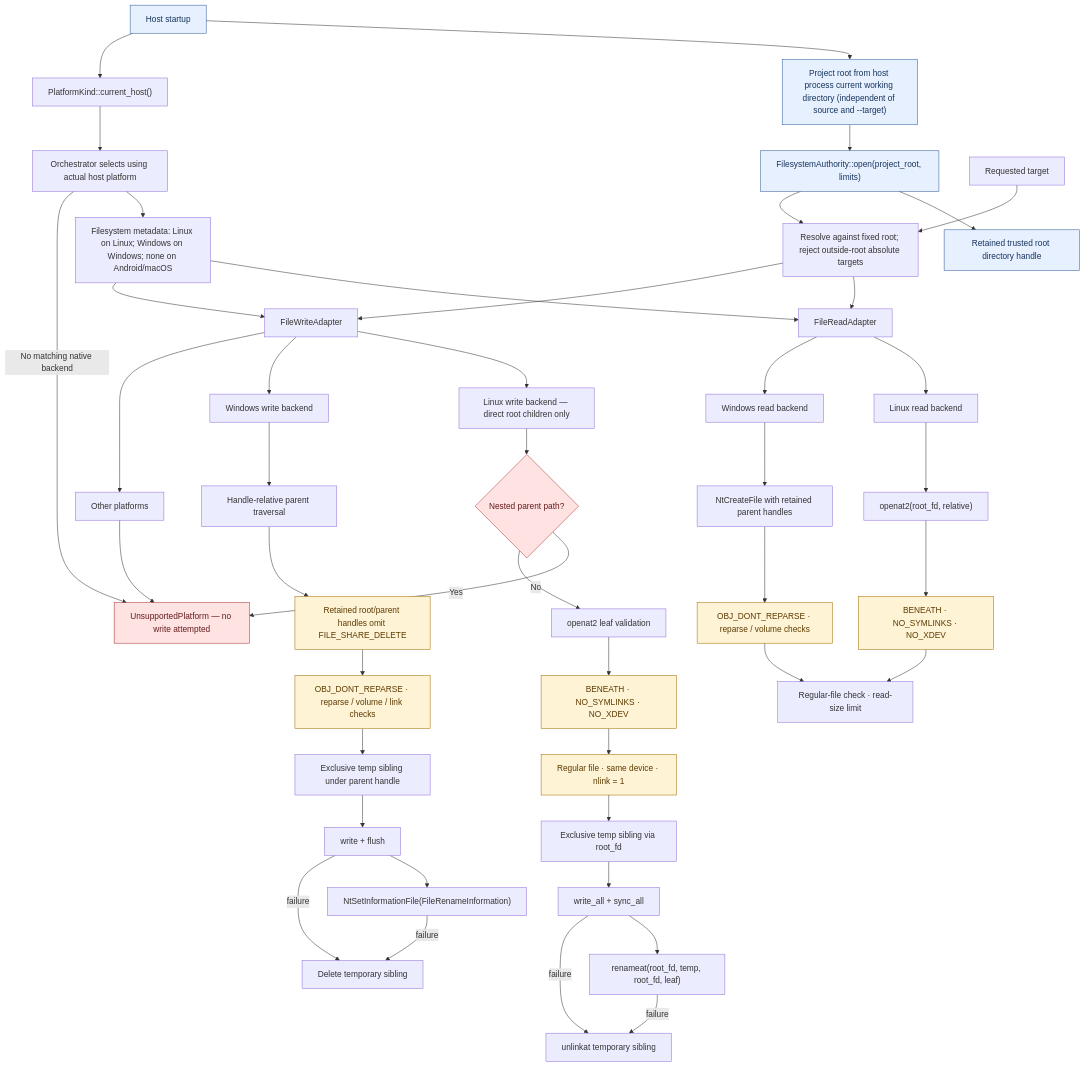
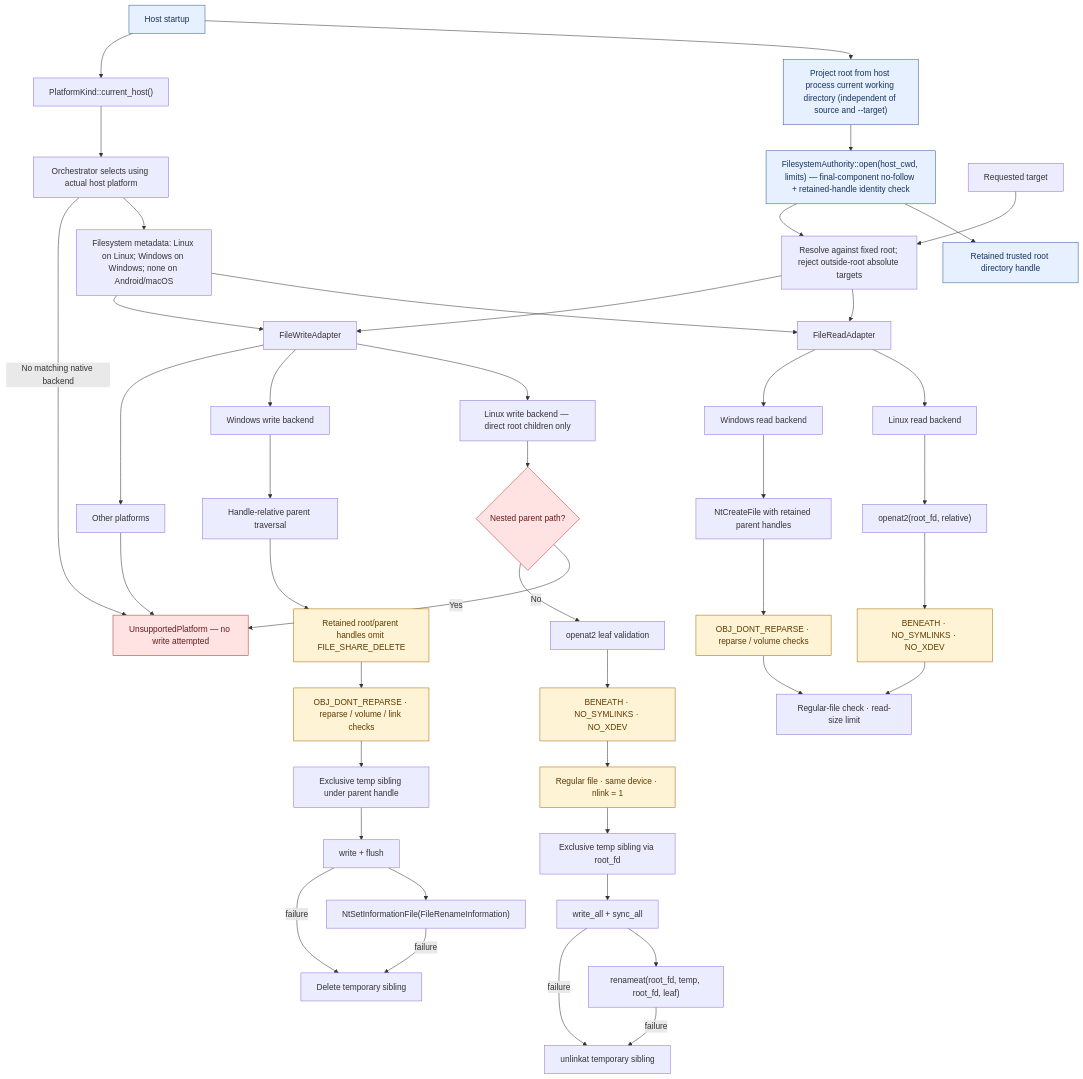
The diagram in docs/architecture/filesystem-root-confinement.md (panglimanetizen01/one), drawn with Mermaid before and after one commit. The commit also changed other lines of this file, not shown here.

Commit message:
docs(architecture): document cross-platform no-follow root acquisition

````diff
--- a/docs/architecture/filesystem-root-confinement.md
+++ b/docs/architecture/filesystem-root-confinement.md
@@ -5,58 +5,58 @@
 ```mermaid
 flowchart TB
     Host["Host startup"] --> ProjectRoot["Project root from host process current working directory (independent of source and --target)"]
     Host --> HostPlatform["PlatformKind::current_host()"]
     HostPlatform --> SelectAdapter["Orchestrator selects using actual host platform"]
     SelectAdapter --> AdapterMetadata["Filesystem metadata: Linux on Linux; Windows on Windows; none on Android/macOS"]
-    ProjectRoot --> Authority["FilesystemAuthority::open(project_root, limits)"]
+    ProjectRoot --> Authority["FilesystemAuthority::open(host_cwd, limits) — final-component no-follow + retained-handle identity check"]
     Authority --> Root["Retained trusted root directory handle"]
     RequestedTarget["Requested target"] --> Confine["Resolve against fixed root; reject outside-root absolute targets"]
     Authority --> Confine
     Confine --> ReadAdapter["FileReadAdapter"]
     Confine --> WriteAdapter["FileWriteAdapter"]
     AdapterMetadata --> ReadAdapter
     AdapterMetadata --> WriteAdapter
     SelectAdapter -->|No matching native backend| FailClosed
 
     ReadAdapter --> LinuxRead["Linux read backend"]
     LinuxRead --> Openat2Read["openat2(root_fd, relative)"]
     Openat2Read --> ReadPolicy["BENEATH · NO_SYMLINKS · NO_XDEV"]
     ReadPolicy --> ReadChecks["Regular-file check · read-size limit"]
 
     ReadAdapter --> WindowsRead["Windows read backend"]
     WindowsRead --> NtOpen["NtCreateFile with retained parent handles"]
     NtOpen --> WindowsPolicy["OBJ_DONT_REPARSE · reparse / volume checks"]
     WindowsPolicy --> ReadChecks
 
     WriteAdapter --> LinuxWrite["Linux write backend — direct root children only"]
     LinuxWrite --> Nested{"Nested parent path?"}
     Nested -->|Yes| FailClosed["UnsupportedPlatform — no write attempted"]
     Nested -->|No| LinuxLeaf["openat2 leaf validation"]
     LinuxLeaf --> LinuxPolicy["BENEATH · NO_SYMLINKS · NO_XDEV"]
     LinuxPolicy --> LinuxType["Regular file · same device · nlink = 1"]
     LinuxType --> LinuxTemp["Exclusive temp sibling via root_fd"]
     LinuxTemp --> LinuxSync["write_all + sync_all"]
     LinuxSync --> LinuxRename["renameat(root_fd, temp, root_fd, leaf)"]
     LinuxSync -->|failure| LinuxCleanup["unlinkat temporary sibling"]
     LinuxRename -->|failure| LinuxCleanup
 
     WriteAdapter --> WindowsWrite["Windows write backend"]
     WindowsWrite --> WinWalk["Handle-relative parent traversal"]
     WinWalk --> WinShare["Retained root/parent handles omit FILE_SHARE_DELETE"]
     WinShare --> WinPolicy["OBJ_DONT_REPARSE · reparse / volume / link checks"]
     WinPolicy --> WinTemp["Exclusive temp sibling under parent handle"]
     WinTemp --> WinSync["write + flush"]
     WinSync --> WinRename["NtSetInformationFile(FileRenameInformation)"]
     WinSync -->|failure| WinCleanup["Delete temporary sibling"]
     WinRename -->|failure| WinCleanup
 
     WriteAdapter --> Other["Other platforms"]
     Other --> FailClosed
 
     classDef trust fill:#e7f0ff,stroke:#315a9b,color:#17345d
     classDef guard fill:#fff3d6,stroke:#a66b00,color:#5c3b00
     classDef blocked fill:#ffe3e3,stroke:#a33,color:#641b1b
     class Host,ProjectRoot,Authority,Root trust
     class ReadPolicy,WindowsPolicy,LinuxPolicy,LinuxType,WinPolicy,WinShare guard
     class FailClosed,Nested blocked
 ```
````
